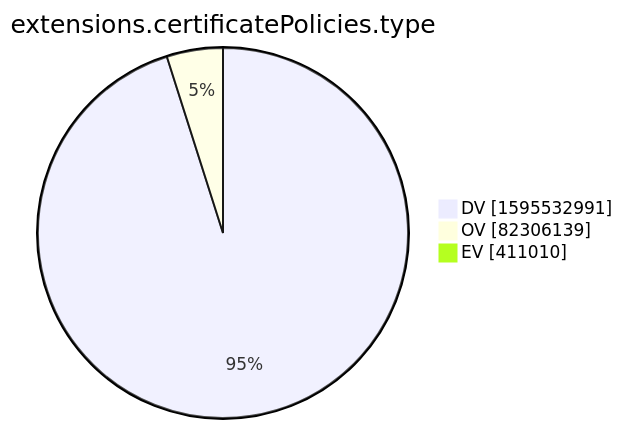
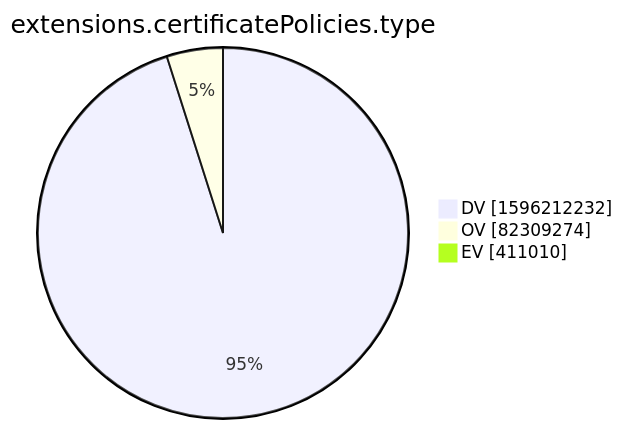
One commit to christiankrug/ctmonitor_visualization changed the tenth of 15 diagrams in xenon2022/README.md. Above: the diagram before and after it, drawn with Mermaid. The commit also changed other lines of this file, not shown here.

````diff
--- a/xenon2022/README.md
+++ b/xenon2022/README.md
@@ -2878,7 +2878,7 @@
 ```mermaid
 pie showData
 title extensions.certificatePolicies.type
-"DV" :1595532991
-"OV" :82306139
+"DV" :1596212232
+"OV" :82309274
 "EV" :411010
 ```
````
